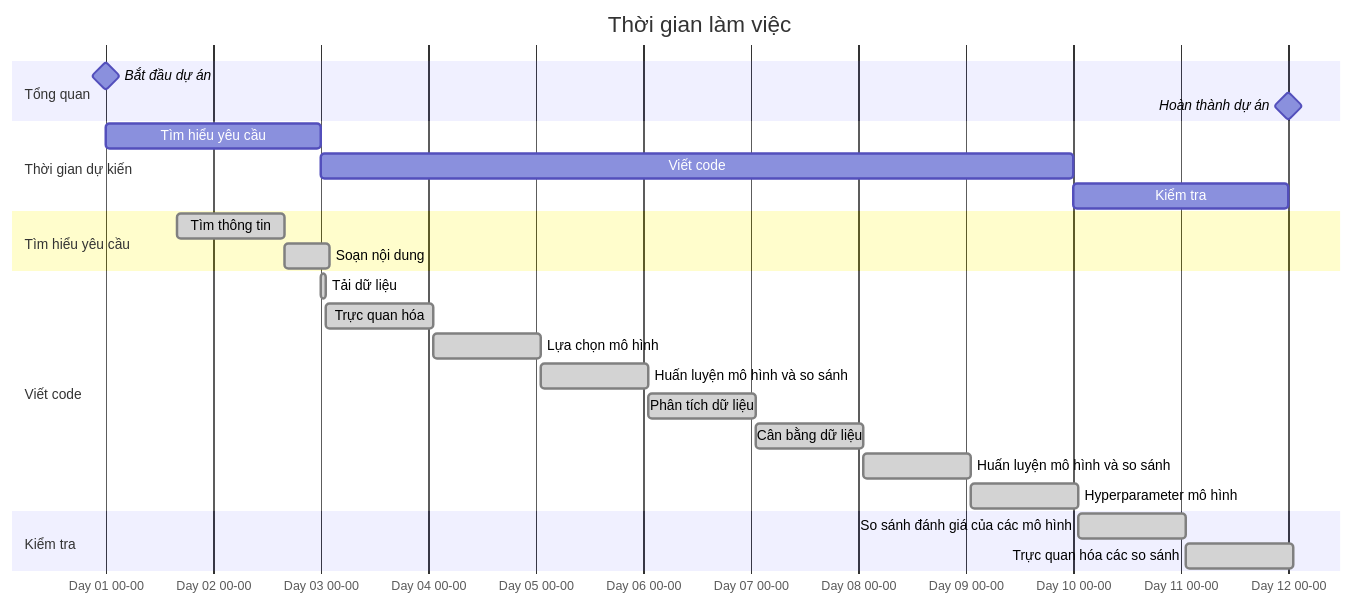
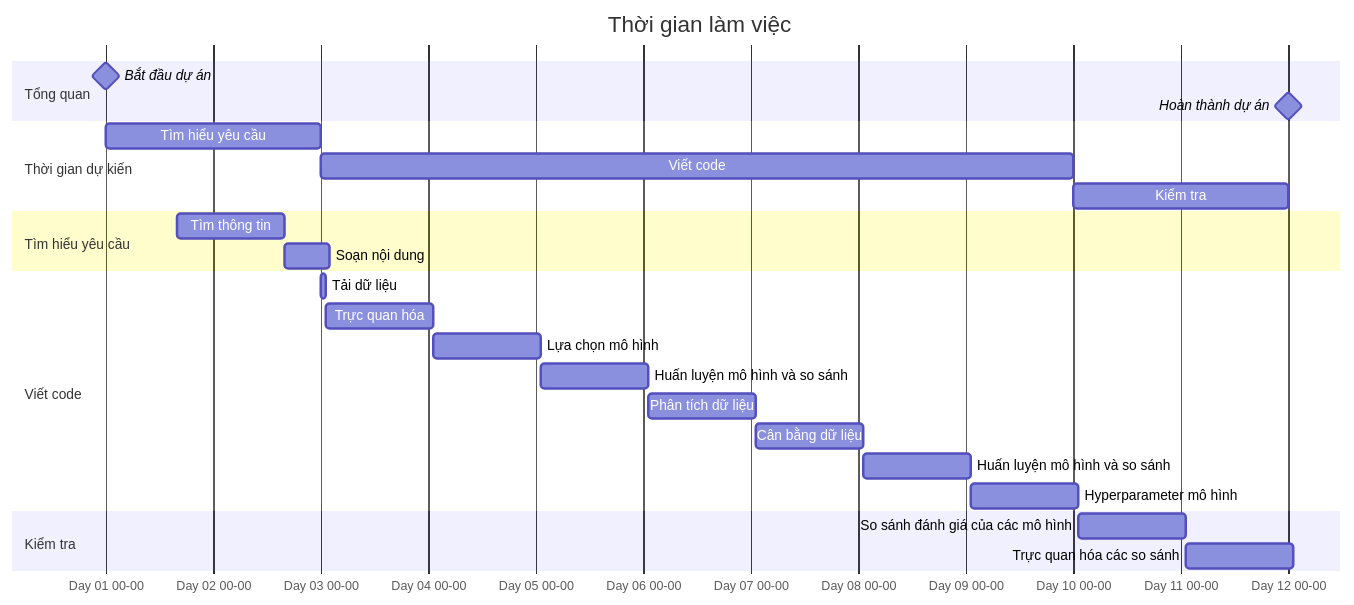
The diagram in README.md (lngquoctrung/diabetes-prediction-machine-learning), drawn with Mermaid before and after one commit.

````diff
--- a/README.md
+++ b/README.md
@@ -209,33 +209,33 @@
 ```mermaid
 gantt
    title Thời gian làm việc
    dateFormat YYYY-MM-DD HH:MM
    axisFormat Day %d %H-%M
    todayMarker off
 
    section Tổng quan     
       Bắt đầu dự án                     :milestone, m1, 2025-01-01, 0d
       Hoàn thành dự án                  :milestone, m2, 2025-01-12, 0d
       
    section Thời gian dự kiến
       Tìm hiểu yêu cầu                  :a1, 2025-01-01, 2d
       Viết code                         :a2, after a1, 7d
       Kiểm tra                          :a3, after a2, 2d
 
    section Tìm hiểu yêu cầu
-      Tìm thông tin                     :done, b1, 2025-01-01 16:00, 1d
-      Soạn nội dung                     :done, after b1, 10h
+      Tìm thông tin                     :b1, 2025-01-01 16:00, 1d
+      Soạn nội dung                     :after b1, 10h
 
    section Viết code
-      Tải dữ liệu                       :done, c1, 2025-01-03, 1h
-      Trực quan hóa                     :done, c2, after c1, 1d
-      Lựa chọn mô hình                  :done, c3, after c2, 1d
-      Huấn luyện mô hình và so sánh     :done, c4, after c3, 1d
-      Phân tích dữ liệu                 :done, c5, after c4, 1d
-      Cân bằng dữ liệu                  :done, c6, after c5, 1d
-      Huấn luyện mô hình và so sánh     :done, c7, after c6, 1d
-      Hyperparameter mô hình            :done, c8, after c7, 1d
+      Tải dữ liệu                       :c1, 2025-01-03, 1h
+      Trực quan hóa                     :c2, after c1, 1d
+      Lựa chọn mô hình                  :c3, after c2, 1d
+      Huấn luyện mô hình và so sánh     :c4, after c3, 1d
+      Phân tích dữ liệu                 :c5, after c4, 1d
+      Cân bằng dữ liệu                  :c6, after c5, 1d
+      Huấn luyện mô hình và so sánh     :c7, after c6, 1d
+      Hyperparameter mô hình            :c8, after c7, 1d
   section Kiểm tra
-      So sánh đánh giá của các mô hình  :done, d1, after c8, 1d
-      Trực quan hóa các so sánh         :done, d2, after d1, 1d
+      So sánh đánh giá của các mô hình  :d1, after c8, 1d
+      Trực quan hóa các so sánh         :d2, after d1, 1d
 ```
````
